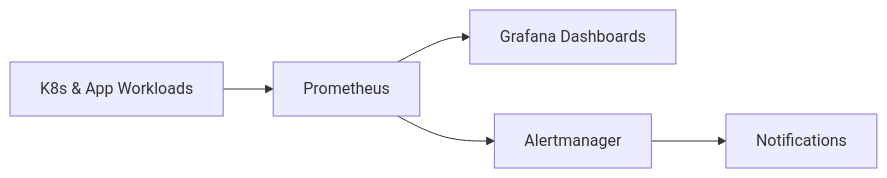
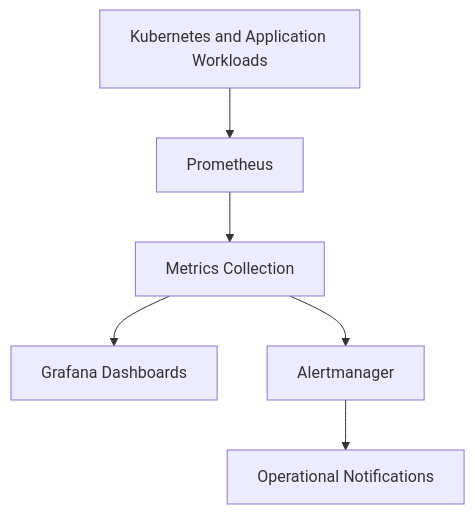
The fifth of 8 diagrams in README.md (manesaurabh1704-devops/manesaurabh1704-devops), drawn with Mermaid before and after one commit. The commit also changed other lines of this file, not shown here.

````diff
--- a/README.md
+++ b/README.md
@@ -212,6 +334,8 @@
 ```mermaid
-flowchart LR
-    A["K8s & App Workloads"] --> B["Prometheus"]
-    B --> C["Grafana Dashboards"]
-    B --> D["Alertmanager"] --> E["Notifications"]
+flowchart TD
+    A["Kubernetes and Application Workloads"] --> B["Prometheus"]
+    B --> C["Metrics Collection"]
+    C --> D["Grafana Dashboards"]
+    C --> E["Alertmanager"]
+    E --> F["Operational Notifications"]
 ```
````
